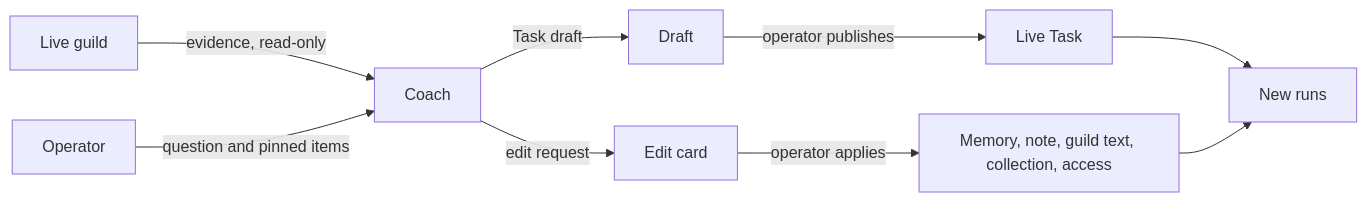
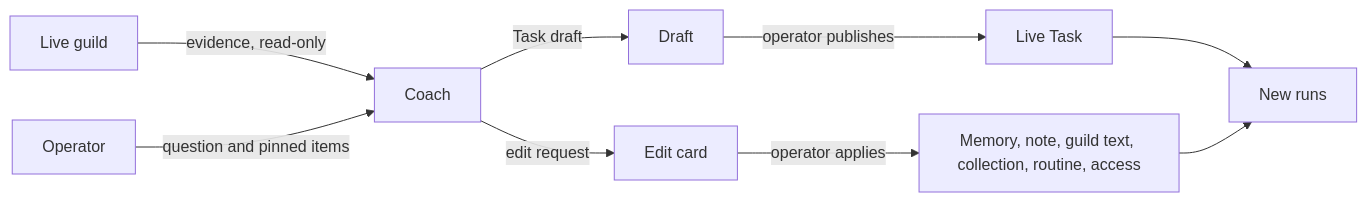
Before and after one commit to CigaleAI/guilds: the diagram in docs/concepts/prompt-studio.md, drawn with Mermaid. The commit also changed other lines of this file and 19 other files, not shown here.

````diff
--- a/docs/concepts/prompt-studio.md
+++ b/docs/concepts/prompt-studio.md
@@ -41,11 +41,11 @@
 ```mermaid
 flowchart LR
     G[Live guild] -->|evidence, read-only| C[Coach]
     O[Operator] -->|question and pinned items| C
     C -->|Task draft| D[Draft]
     C -->|edit request| E[Edit card]
     D -->|operator publishes| T[Live Task]
-    E -->|operator applies| W[Memory, note, guild text, collection, access]
+    E -->|operator applies| W[Memory, note, guild text, collection, routine, access]
     T --> R[New runs]
     W --> R
 ```
````
